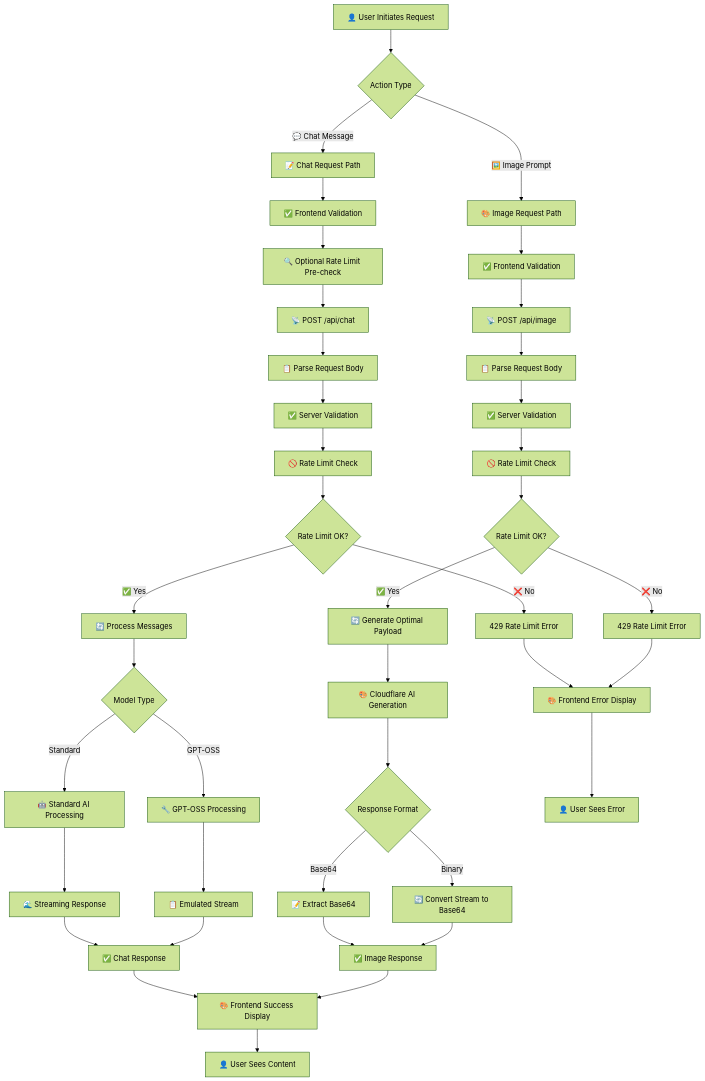
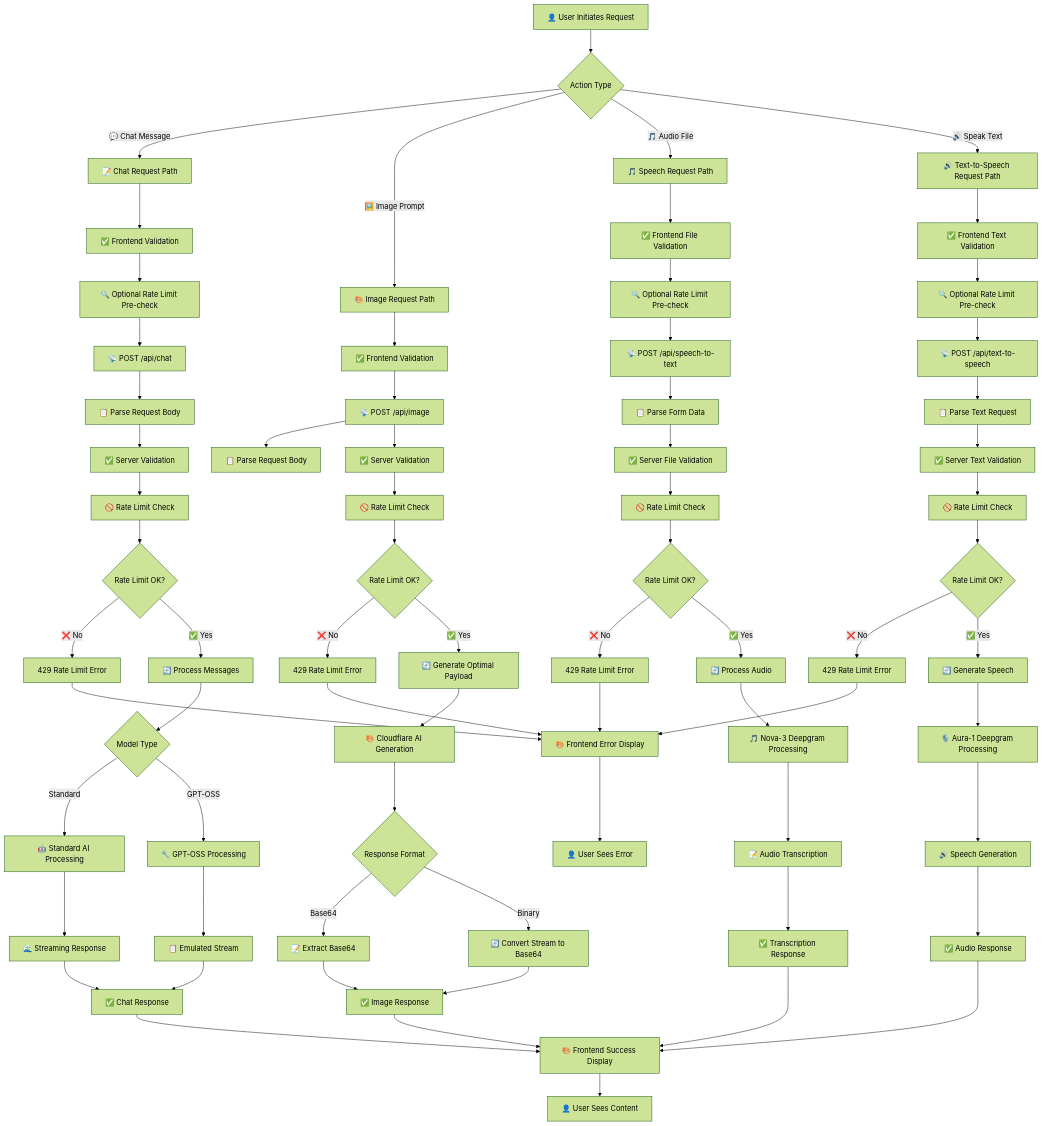
The second of 20 diagrams in architecture.md (devhims/opengpt), drawn with Mermaid (forest theme) before and after one commit. The commit also changed other lines of this file and 18 other files, not shown here.

First line of the commit message:
feat: expand AI interaction capabilities with speech-to-text and text-to-speech features

```diff
--- a/architecture.md
+++ b/architecture.md
@@ -60,6 +83,8 @@
 
     UIAction -->|💬 Chat Message| ChatPath[📝 Chat Request Path]
     UIAction -->|🖼️ Image Prompt| ImagePath[🎨 Image Request Path]
+    UIAction -->|🎵 Audio File| SpeechPath[🎵 Speech Request Path]
+    UIAction -->|🔊 Speak Text| TTSPath[🔊 Text-to-Speech Request Path]
 
     %% Chat Path
     ChatPath --> ChatValidate[✅ Frontend Validation]
@@ -89,7 +114,7 @@
     ImageValidate --> ImageAPI[📡 POST /api/image]
 
     ImageAPI --> ImageParse[📋 Parse Request Body]
-    ImageParse --> ImageValidateAPI[✅ Server Validation]
+    ImageAPI --> ImageValidateAPI[✅ Server Validation]
     ImageValidateAPI --> ImageRateLimit[🚫 Rate Limit Check]
 
     ImageRateLimit --> ImageRateResult{Rate Limit OK?}
@@ -105,13 +130,53 @@
     ImageBase64 --> ImageSuccess[✅ Image Response]
     ImageBinary --> ImageSuccess
 
+    %% Speech Path
+    SpeechPath --> SpeechValidate[✅ Frontend File Validation]
+    SpeechValidate --> SpeechPreCheck[🔍 Optional Rate Limit Pre-check]
+    SpeechPreCheck --> SpeechAPI[📡 POST /api/speech-to-text]
+
+    SpeechAPI --> SpeechParse[📋 Parse Form Data]
+    SpeechParse --> SpeechValidateAPI[✅ Server File Validation]
+    SpeechValidateAPI --> SpeechRateLimit[🚫 Rate Limit Check]
+
+    SpeechRateLimit --> SpeechRateResult{Rate Limit OK?}
+    SpeechRateResult -->|❌ No| SpeechRateError[429 Rate Limit Error]
+    SpeechRateResult -->|✅ Yes| SpeechProcess[🔄 Process Audio]
+
+    SpeechProcess --> SpeechModel[🎵 Nova-3 Deepgram Processing]
+    SpeechModel --> SpeechTranscribe[📝 Audio Transcription]
+
+    SpeechTranscribe --> SpeechSuccess[✅ Transcription Response]
+
+    %% TTS Path
+    TTSPath --> TTSValidate[✅ Frontend Text Validation]
+    TTSValidate --> TTSPreCheck[🔍 Optional Rate Limit Pre-check]
+    TTSPreCheck --> TTSAPI[📡 POST /api/text-to-speech]
+
+    TTSAPI --> TTSTextParse[📋 Parse Text Request]
+    TTSTextParse --> TTSValidateAPI[✅ Server Text Validation]
+    TTSValidateAPI --> TTSRateLimit[🚫 Rate Limit Check]
+
+    TTSRateLimit --> TTSRateResult{Rate Limit OK?}
+    TTSRateResult -->|❌ No| TTSRateError[429 Rate Limit Error]
+    TTSRateResult -->|✅ Yes| TTSProcess[🔄 Generate Speech]
+
+    TTSProcess --> TTSAura1[🎙️ Aura-1 Deepgram Processing]
+    TTSAura1 --> TTSSpeechGen[🔊 Speech Generation]
+
+    TTSSpeechGen --> TTSSuccess[✅ Audio Response]
+
     %% Error Handling
     ChatRateError --> FrontendError[🎨 Frontend Error Display]
     ImageRateError --> FrontendError
+    SpeechRateError --> FrontendError
+    TTSRateError --> FrontendError
 
     %% Success Responses
     ChatSuccess --> FrontendSuccess[🎨 Frontend Success Display]
     ImageSuccess --> FrontendSuccess
+    SpeechSuccess --> FrontendSuccess
+    TTSSuccess --> FrontendSuccess
 
     FrontendError --> UserFeedback[👤 User Sees Error]
     FrontendSuccess --> UserContent[👤 User Sees Content]
```
